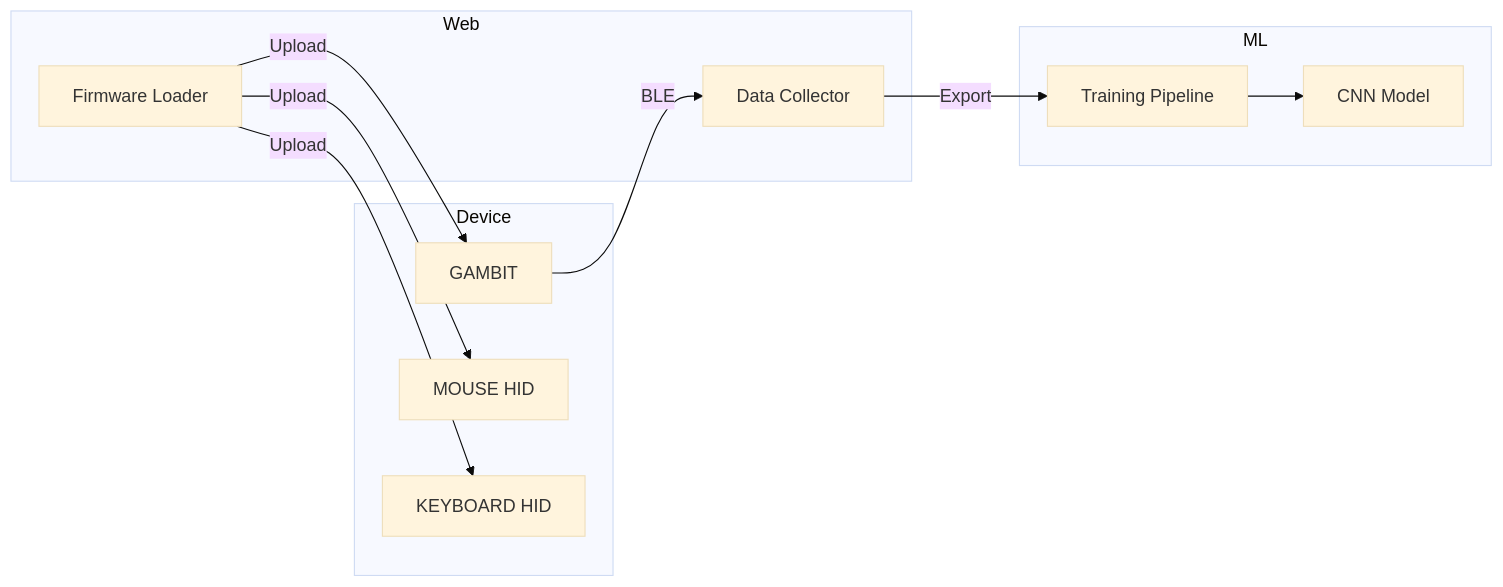
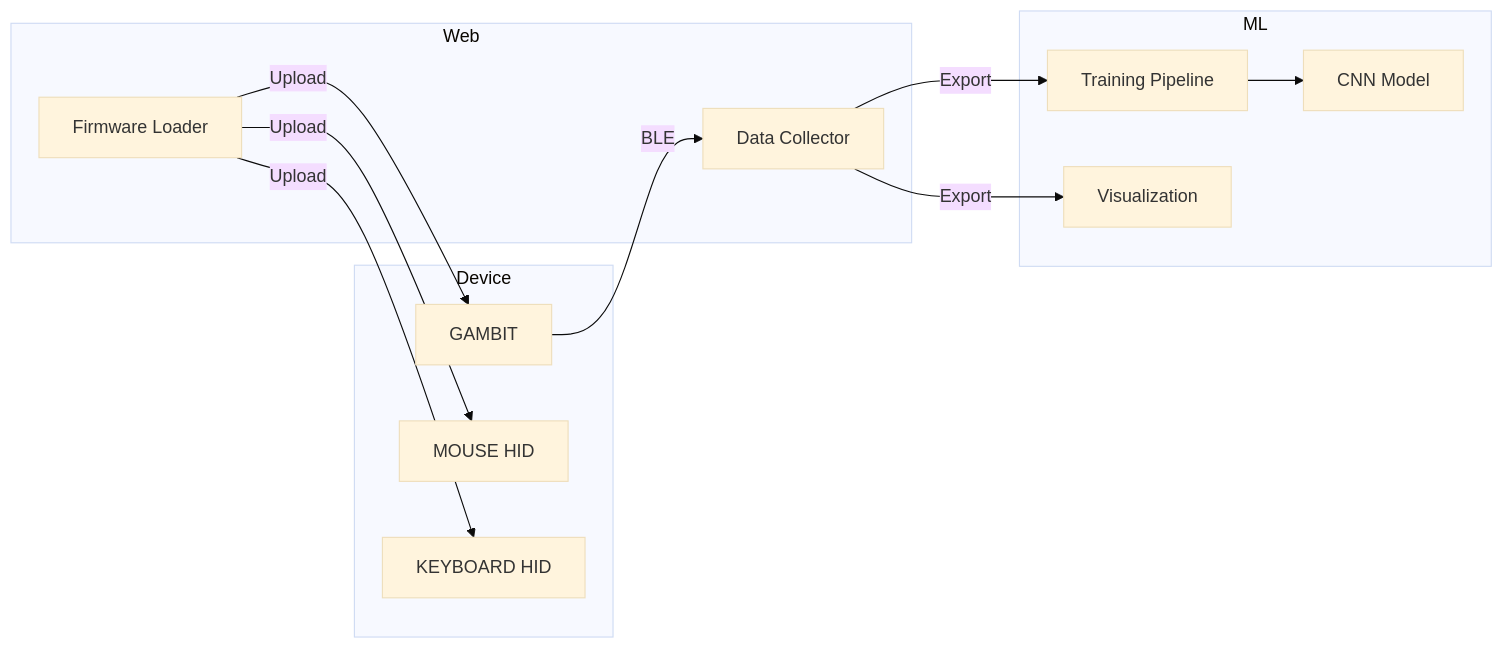
Before and after one commit to christopherdebeer/simcap: the diagram in README.md, drawn with Mermaid (base theme). The commit also changed other lines of this file and 142 other files, not shown here.

````diff
--- a/README.md
+++ b/README.md
@@ -11,25 +11,27 @@
 ```mermaid
 graph LR
     subgraph Device
         GAMBIT[GAMBIT]
         MOUSE[MOUSE HID]
         KEYBOARD[KEYBOARD HID]
     end
 
     subgraph Web
         LOADER[Firmware Loader]
         COLLECTOR[Data Collector]
     end
 
     subgraph ML
         TRAIN[Training Pipeline]
         MODEL[CNN Model]
+        VIZ[Visualization]
     end
 
     LOADER --> |Upload| GAMBIT
     LOADER --> |Upload| MOUSE
     LOADER --> |Upload| KEYBOARD
     GAMBIT --> |BLE| COLLECTOR
     COLLECTOR --> |Export| TRAIN
+    COLLECTOR --> |Export| VIZ
     TRAIN --> MODEL
 ```
````
